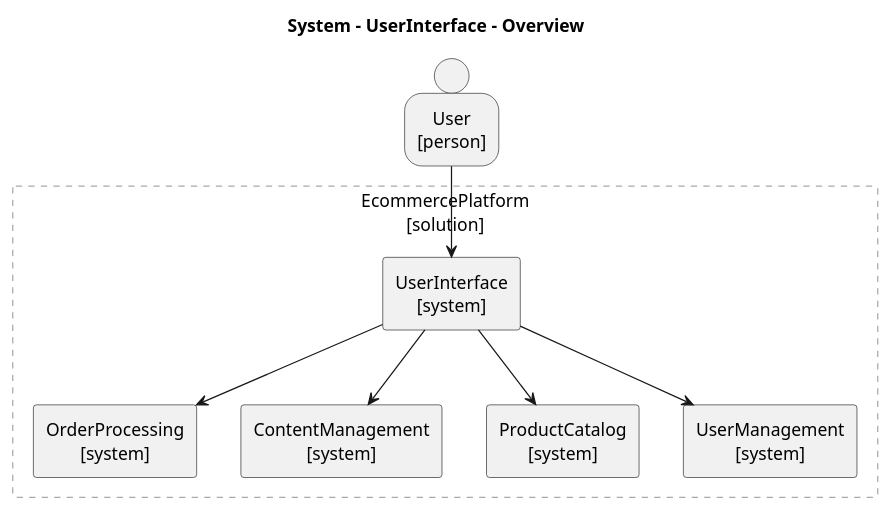
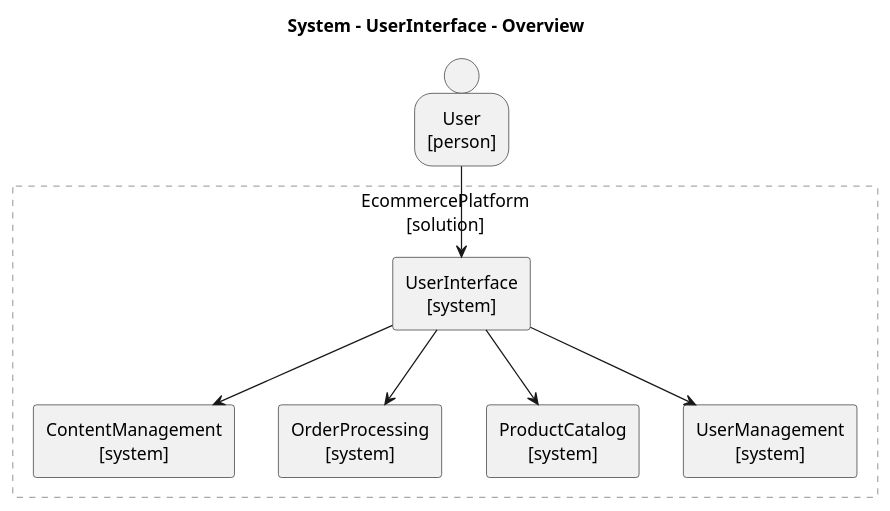
The diagram in src/doc/examples/design_example_step_2/views/plantuml/application/EcommercePlatform.UserInterface_overview.puml (tmorin/archicode), drawn with PlantUML before and after one commit. The commit also changed other lines of this file and 37 other files, not shown here.

```diff
--- a/src/doc/examples/design_example_step_2/views/plantuml/application/EcommercePlatform.UserInterface_overview.puml
+++ b/src/doc/examples/design_example_step_2/views/plantuml/application/EcommercePlatform.UserInterface_overview.puml
@@ -1,47 +1,47 @@
 @startuml EcommercePlatform.UserInterface_overview
 title System - UserInterface - Overview
 skinparam defaultTextAlignment center
 skinparam defaultTextAlignment<<atomic>> center
 skinparam wrapWidth 200
 skinparam maxMessageSize 150
 hide stereotype
 <style>
 .composite {
 BackgroundColor: transparent
 LineColor: darkgray
 LineStyle: 5
 FontStyle: normal
 }
 </style>
-person User <<atomic>> <<person>> [
-User
-[person]
+rectangle EcommercePlatform as "EcommercePlatform\n[solution]" <<composite>> {
+rectangle EcommercePlatform.ContentManagement <<system>> <<atomic>> [
+ContentManagement
+[system]
 ]
-rectangle EcommercePlatform as "EcommercePlatform\n[solution]" <<composite>> {
 rectangle EcommercePlatform.OrderProcessing <<system>> <<atomic>> [
 OrderProcessing
-[system]
-]
-rectangle EcommercePlatform.ContentManagement <<system>> <<atomic>> [
-ContentManagement
 [system]
 ]
 rectangle EcommercePlatform.ProductCatalog <<system>> <<atomic>> [
 ProductCatalog
 [system]
 ]
+rectangle EcommercePlatform.UserInterface <<system>> <<atomic>> [
+UserInterface
+[system]
+]
 rectangle EcommercePlatform.UserManagement <<system>> <<atomic>> [
 UserManagement
 [system]
 ]
-rectangle EcommercePlatform.UserInterface <<system>> <<atomic>> [
-UserInterface
-[system]
+}
+person User <<atomic>> <<person>> [
+User
+[person]
 ]
-}
 EcommercePlatform.UserInterface --> EcommercePlatform.ContentManagement
+EcommercePlatform.UserInterface --> EcommercePlatform.OrderProcessing
+EcommercePlatform.UserInterface --> EcommercePlatform.ProductCatalog
+EcommercePlatform.UserInterface --> EcommercePlatform.UserManagement
 User --> EcommercePlatform.UserInterface
-EcommercePlatform.UserInterface --> EcommercePlatform.OrderProcessing
-EcommercePlatform.UserInterface --> EcommercePlatform.UserManagement
-EcommercePlatform.UserInterface --> EcommercePlatform.ProductCatalog
 @enduml
```
